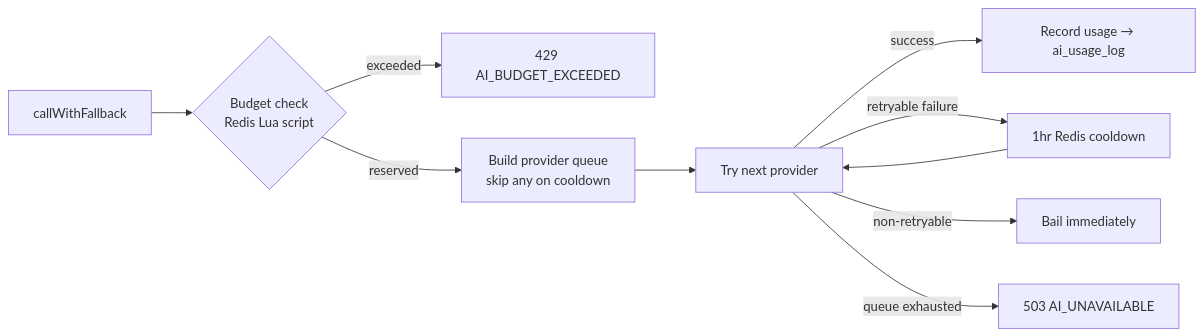
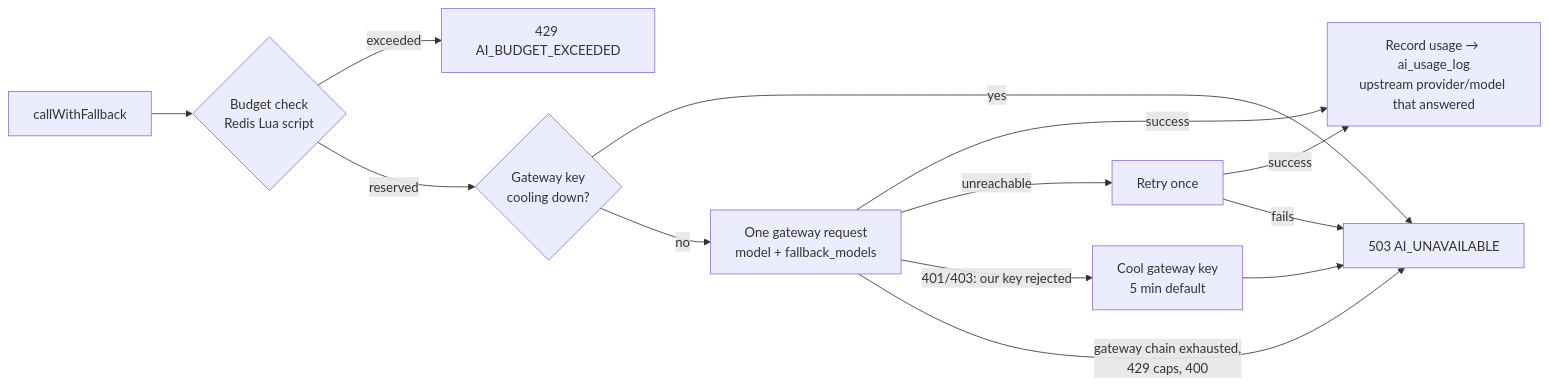
One commit to Devpaul-01/Dryrun changed the fifth of 7 diagrams in ARCHITECTURE.md. Above: the diagram before and after it, drawn with Mermaid. The commit also changed other lines of this file, not shown here.

First line of the commit message:
docs(architecture): describe gateway-based AI integration

````diff
--- a/ARCHITECTURE.md
+++ b/ARCHITECTURE.md
@@ -244,12 +242,14 @@
 ```mermaid
 flowchart LR
     START[callWithFallback] --> BUDGET{Budget check<br/>Redis Lua script}
     BUDGET -->|exceeded| REJECT[429 AI_BUDGET_EXCEEDED]
-    BUDGET -->|reserved| QUEUE[Build provider queue<br/>skip any on cooldown]
-    QUEUE --> TRY[Try next provider]
-    TRY -->|success| USAGE[Record usage → ai_usage_log]
-    TRY -->|retryable failure| COOLDOWN[1hr Redis cooldown]
-    COOLDOWN --> TRY
-    TRY -->|non-retryable| FAIL[Bail immediately]
-    TRY -->|queue exhausted| UNAVAIL[503 AI_UNAVAILABLE]
+    BUDGET -->|reserved| KEY{Gateway key<br/>cooling down?}
+    KEY -->|yes| UNAVAIL[503 AI_UNAVAILABLE]
+    KEY -->|no| GWCALL[One gateway request<br/>model + fallback_models]
+    GWCALL -->|success| USAGE[Record usage → ai_usage_log<br/>upstream provider/model that answered]
+    GWCALL -->|unreachable| RETRY[Retry once]
+    RETRY -->|success| USAGE
+    RETRY -->|fails| UNAVAIL
+    GWCALL -->|401/403: our key rejected| COOLDOWN[Cool gateway key<br/>5 min default] --> UNAVAIL
+    GWCALL -->|gateway chain exhausted,<br/>429 caps, 400| UNAVAIL
 ```
````
